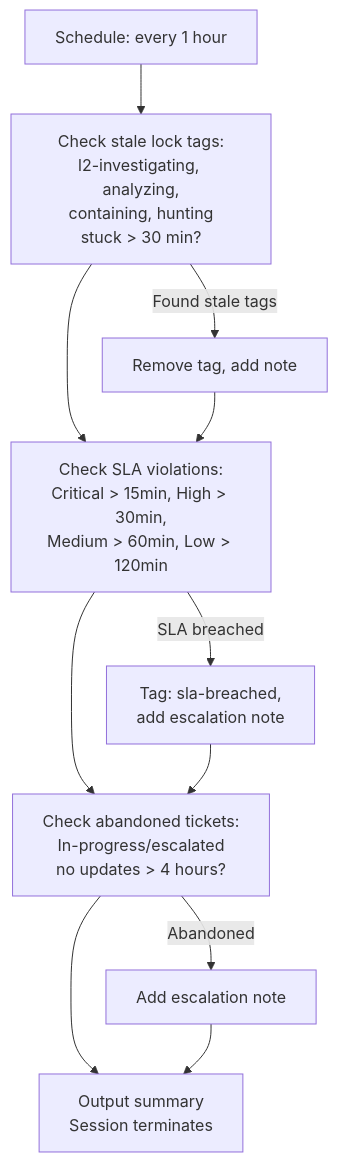
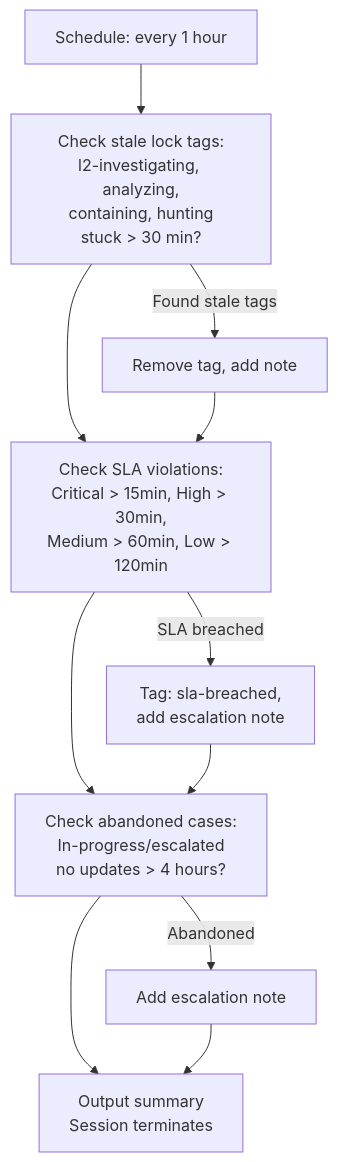
The diagram in lc-soc/baselining-soc/soc-manager/README.md (refractionPOINT/lc-ai), drawn with Mermaid before and after one commit. The commit also changed other lines of this file and 74 other files, not shown here.

````diff
--- a/lc-soc/baselining-soc/soc-manager/README.md
+++ b/lc-soc/baselining-soc/soc-manager/README.md
@@ -7,13 +7,13 @@
 ```mermaid
 flowchart TD
     trigger["Schedule: every 1 hour"] --> stale["Check stale lock tags:<br/>l2-investigating, analyzing,<br/>containing, hunting<br/>stuck > 30 min?"]
     stale -->|Found stale tags| remove[Remove tag, add note]
     stale --> sla["Check SLA violations:<br/>Critical > 15min, High > 30min,<br/>Medium > 60min, Low > 120min"]
     remove --> sla
     sla -->|SLA breached| breach["Tag: sla-breached,<br/>add escalation note"]
-    sla --> abandoned["Check abandoned tickets:<br/>In-progress/escalated<br/>no updates > 4 hours?"]
+    sla --> abandoned["Check abandoned cases:<br/>In-progress/escalated<br/>no updates > 4 hours?"]
     breach --> abandoned
     abandoned -->|Abandoned| escalate[Add escalation note]
     abandoned --> done["Output summary<br/>Session terminates"]
     escalate --> done
 ```
````
